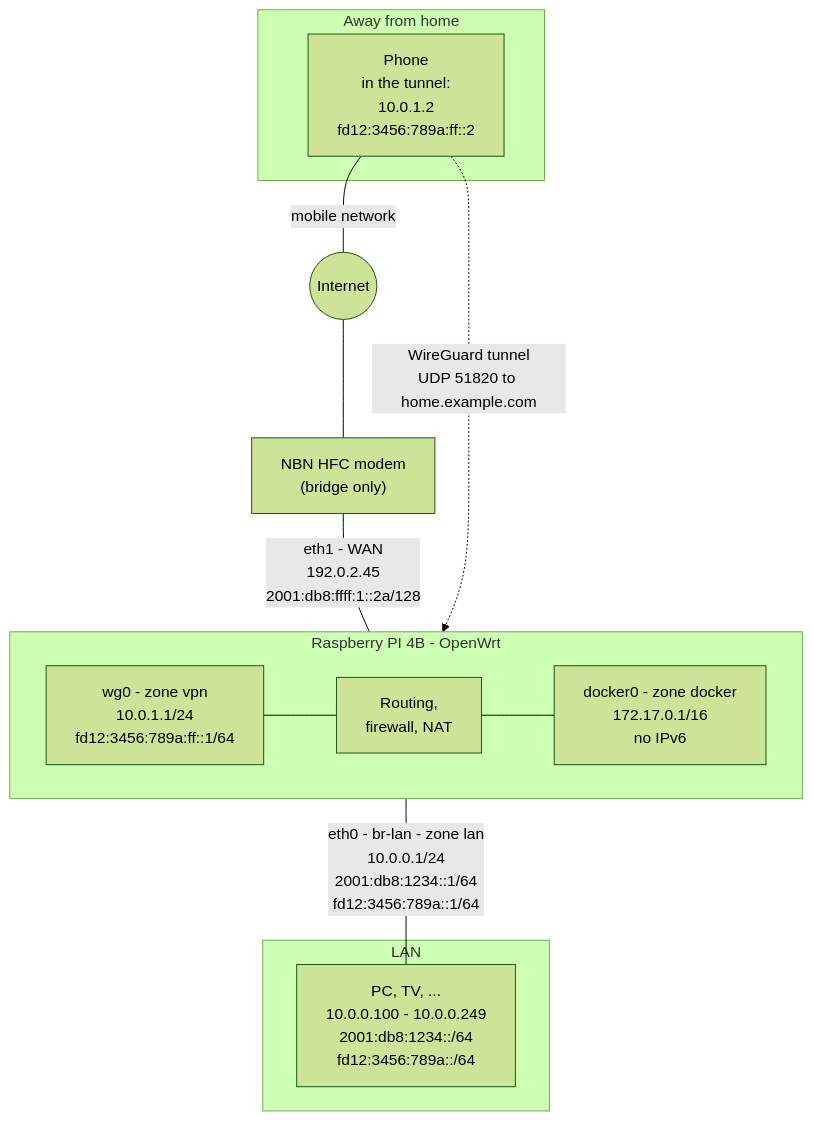
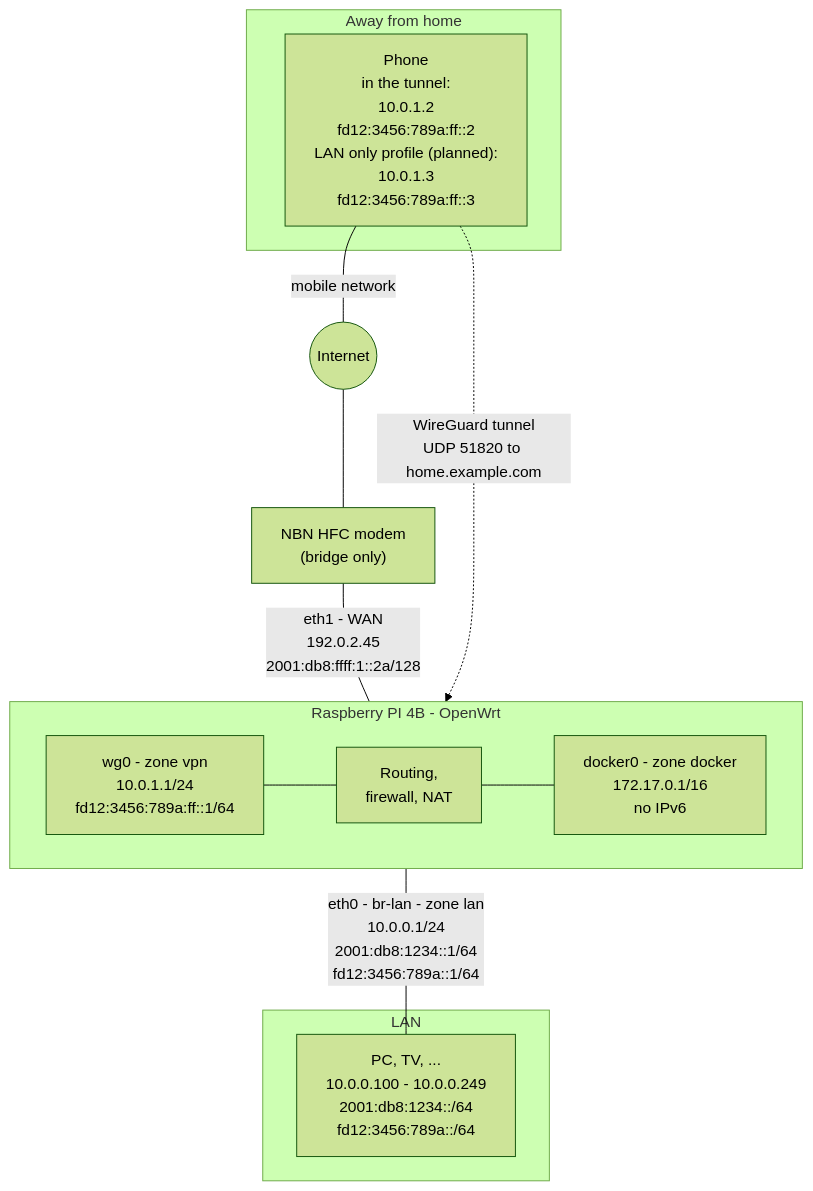
One commit to ThomasZeman/tomcore-website changed the diagram in content/docs/articles/Networking/openwrt-raspberry-pi-4b-wireguard.md. Above: the diagram before and after it, drawn with Mermaid (forest theme). The commit also changed other lines of this file and 1 other file, not shown here.

First line of the commit message:
Describe a LAN-only WireGuard profile for the phone

```diff
--- a/content/docs/articles/Networking/openwrt-raspberry-pi-4b-wireguard.md
+++ b/content/docs/articles/Networking/openwrt-raspberry-pi-4b-wireguard.md
@@ -79,22 +80,22 @@
 {{< mermaid >}}
 flowchart TB
   subgraph away["Away from home"]
-    phone["Phone<br/>in the tunnel:<br/>10.0.1.2<br/>fd12:3456:789a:ff::2"]
+    phone["Phone<br/>in the tunnel:<br/>10.0.1.2<br/>fd12:3456:789a:ff::2<br/>LAN only profile (planned):<br/>10.0.1.3<br/>fd12:3456:789a:ff::3"]
   end
   phone ---|"mobile network"| inet(("Internet"))
   inet --- modem["NBN HFC modem<br/>(bridge only)"]
   modem ---|"eth1 - WAN<br/>192.0.2.45<br/>2001:db8:ffff:1::2a/128"| fw
   subgraph pi["Raspberry PI 4B - OpenWrt"]
     direction LR
     wg0["wg0 - zone vpn<br/>10.0.1.1/24<br/>fd12:3456:789a:ff::1/64"]
     fw["Routing,<br/>firewall, NAT"]
     docker0["docker0 - zone docker<br/>172.17.0.1/16<br/>no IPv6"]
     wg0 --- fw
     fw --- docker0
   end
   fw ---|"eth0 - br-lan - zone lan<br/>10.0.0.1/24<br/>2001:db8:1234::1/64<br/>fd12:3456:789a::1/64"| lan
   subgraph home["LAN"]
     lan["PC, TV, ...<br/>10.0.0.100 - 10.0.0.249<br/>2001:db8:1234::/64<br/>fd12:3456:789a::/64"]
   end
   phone -. "WireGuard tunnel<br/>UDP 51820 to home.example.com" .-> wg0
 {{< /mermaid >}}
```
